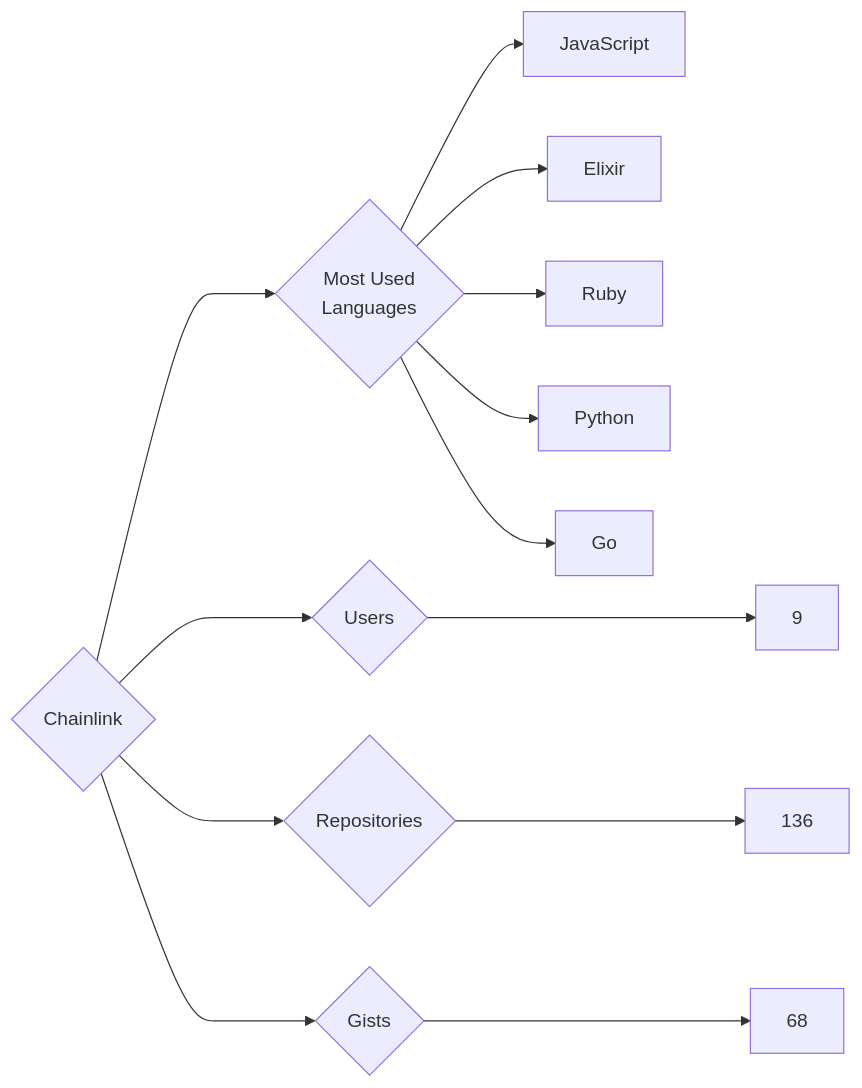
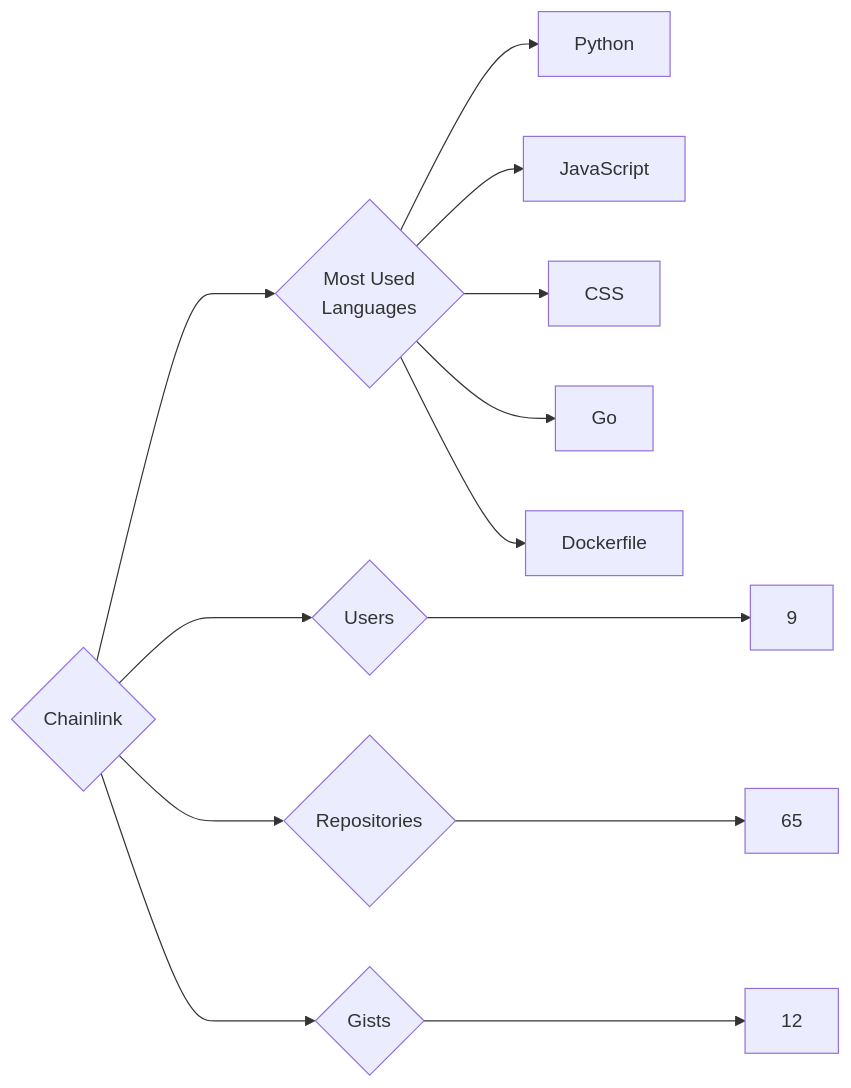
One commit to trickest/insiders changed the diagram in targets/Chainlink/README.md. Above: the diagram before and after it, drawn with Mermaid. The commit also changed 942 other files, not shown here.

````diff
--- a/targets/Chainlink/README.md
+++ b/targets/Chainlink/README.md
@@ -3,13 +3,13 @@
 ```mermaid
 graph LR
 COMPANY_NAME{Chainlink}
 COMPANY_NAME ---> U{Users} ---> UN[9]
-COMPANY_NAME ---> R{Repositories} ---> RN[136]
-COMPANY_NAME ---> G{Gists} ---> GN[68]
+COMPANY_NAME ---> R{Repositories} ---> RN[65]
+COMPANY_NAME ---> G{Gists} ---> GN[12]
 COMPANY_NAME ---> ML{Most Used<br>Languages}
+ML --> Python[Python]
 ML --> JavaScript[JavaScript]
-ML --> Elixir[Elixir]
-ML --> Ruby[Ruby]
-ML --> Python[Python]
+ML --> CSS[CSS]
 ML --> Go[Go]
+ML --> Dockerfile[Dockerfile]
 ```
````
